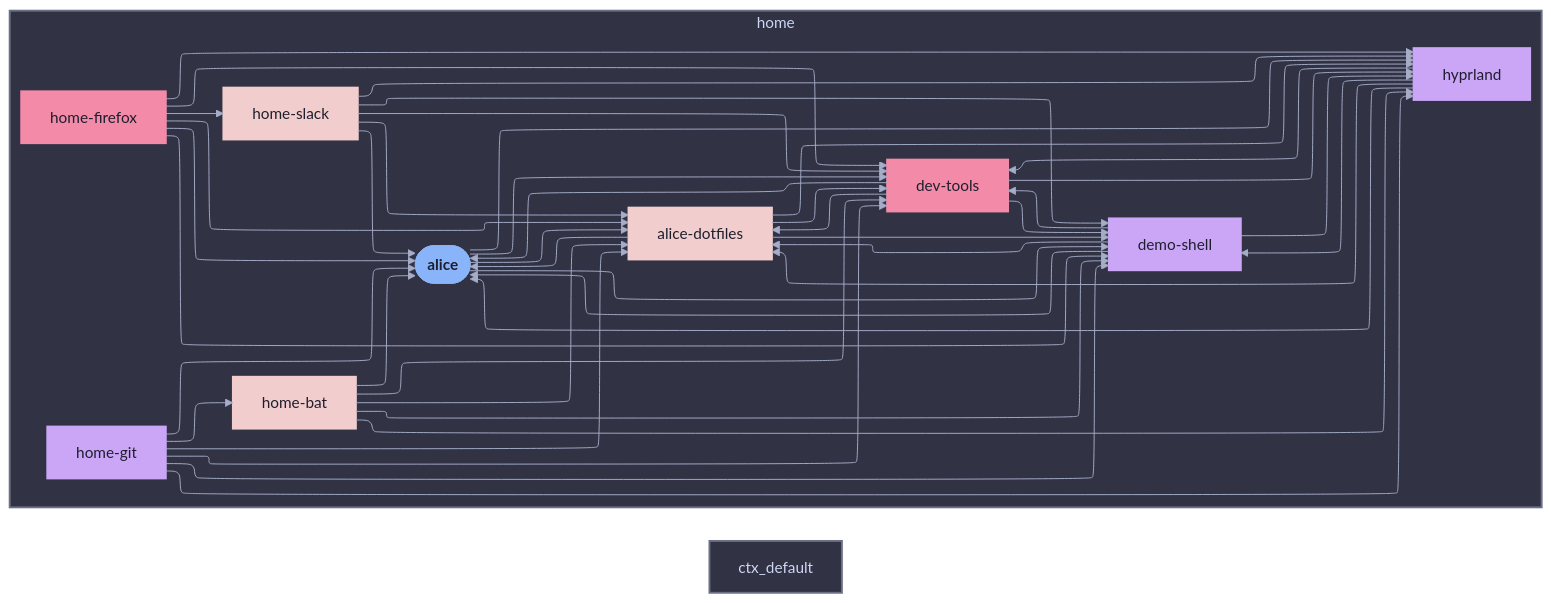
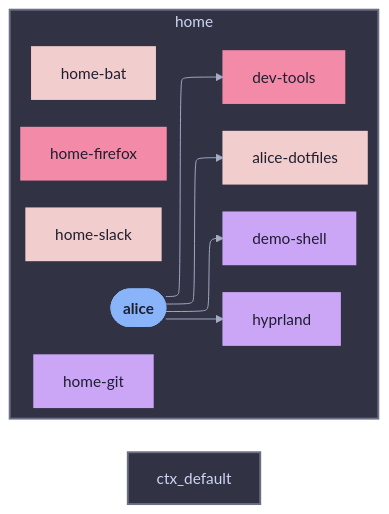
Before and after one commit to sini/den: the diagram in templates/diag-fx-demo/diagrams/home-alice-at-laptop-declared.md, drawn with Mermaid. The commit also changed 849 other files, not shown here.

Commit message:
chore: update fx diagrams

````diff
--- a/templates/diag-fx-demo/diagrams/home-alice-at-laptop-declared.md
+++ b/templates/diag-fx-demo/diagrams/home-alice-at-laptop-declared.md
@@ -5,72 +5,34 @@
 ```mermaid
 %%{init: {"elk":{"mergeEdges":true,"nodePlacementStrategy":"BRANDES_KOEPF"},"layout":"elk","theme":"base","themeVariables":{"activationBkgColor":"#313244","activationBorderColor":"#6c7086","actorBkg":"#313244","actorBorder":"#a6adc8","actorLineColor":"#a6adc8","actorTextColor":"#cdd6f4","background":"#1e1e2e","classText":"#cdd6f4","clusterBkg":"#313244","clusterBorder":"#6c7086","edgeLabelBackground":"#1e1e2e","labelBoxBkgColor":"#313244","labelBoxBorderColor":"#a6adc8","labelTextColor":"#cdd6f4","lineColor":"#a6adc8","loopTextColor":"#cdd6f4","mainBkg":"#313244","nodeBkg":"#313244","nodeBorder":"#a6adc8","nodeTextColor":"#cdd6f4","noteBkgColor":"#313244","noteBorderColor":"#6c7086","noteTextColor":"#cdd6f4","pie1":"#f38ba8","pie2":"#fab387","pie3":"#f9e2af","pie4":"#a6e3a1","pie5":"#94e2d5","pie6":"#89b4fa","pie7":"#cba6f7","pie8":"#f2cdcd","pieLegendTextColor":"#cdd6f4","pieOuterStrokeColor":"#6c7086","pieSectionTextColor":"#cdd6f4","pieStrokeColor":"#6c7086","pieTitleTextColor":"#cdd6f4","primaryBorderColor":"#a6adc8","primaryColor":"#313244","primaryTextColor":"#cdd6f4","secondBkg":"#313244","secondaryBorderColor":"#6c7086","secondaryColor":"#313244","secondaryTextColor":"#cdd6f4","sequenceNumberColor":"#1e1e2e","signalColor":"#a6adc8","signalTextColor":"#cdd6f4","tertiaryBorderColor":"#6c7086","tertiaryColor":"#313244","tertiaryTextColor":"#cdd6f4","textColor":"#cdd6f4","titleColor":"#cdd6f4"}}}%%
 graph LR
   alice([alice]):::root
 
   subgraph ctx_home["home"]
   alice_dotfiles["alice-dotfiles"]:::alice_dotfiles_c
   demo_shell["demo-shell"]:::demo_shell_c
   dev_tools["dev-tools"]:::dev_tools_c
   home_bat["home-bat"]:::home_bat_c
   home_firefox["home-firefox"]:::home_firefox_c
   home_git["home-git"]:::home_git_c
   home_slack["home-slack"]:::home_slack_c
   hyprland["hyprland"]:::hyprland_c
   alice --> alice_dotfiles
   alice --> demo_shell
   alice --> dev_tools
   alice --> hyprland
-  alice_dotfiles --> alice
-  alice_dotfiles --> demo_shell
-  alice_dotfiles --> dev_tools
-  alice_dotfiles --> hyprland
-  demo_shell --> alice
-  demo_shell --> alice_dotfiles
-  demo_shell --> dev_tools
-  demo_shell --> hyprland
-  dev_tools --> alice
-  dev_tools --> alice_dotfiles
-  dev_tools --> demo_shell
-  dev_tools --> hyprland
-  home_bat --> alice
-  home_bat --> alice_dotfiles
-  home_bat --> demo_shell
-  home_bat --> dev_tools
-  home_bat --> hyprland
-  home_firefox --> home_slack
-  home_firefox --> alice
-  home_firefox --> alice_dotfiles
-  home_firefox --> demo_shell
-  home_firefox --> dev_tools
-  home_firefox --> hyprland
-  home_git --> home_bat
-  home_git --> alice
-  home_git --> alice_dotfiles
-  home_git --> demo_shell
-  home_git --> dev_tools
-  home_git --> hyprland
-  home_slack --> alice
-  home_slack --> alice_dotfiles
-  home_slack --> demo_shell
-  home_slack --> dev_tools
-  home_slack --> hyprland
-  hyprland --> alice
-  hyprland --> alice_dotfiles
-  hyprland --> demo_shell
-  hyprland --> dev_tools
   end
 
 
   classDef root fill:#89b4fa,stroke:#89b4fa,color:#1e1e2e,font-weight:bold
   classDef alice_c fill:#cba6f7,stroke:#cba6f7,color:#1e1e2e,stroke-width:2px
   classDef alice_dotfiles_c fill:#f2cdcd,stroke:#f2cdcd,color:#1e1e2e,stroke-width:2px
   classDef demo_shell_c fill:#cba6f7,stroke:#cba6f7,color:#1e1e2e,stroke-width:2px
   classDef dev_tools_c fill:#f38ba8,stroke:#f38ba8,color:#1e1e2e,stroke-width:2px
   classDef home_bat_c fill:#f2cdcd,stroke:#f2cdcd,color:#1e1e2e,stroke-width:2px
   classDef home_firefox_c fill:#f38ba8,stroke:#f38ba8,color:#1e1e2e,stroke-width:2px
   classDef home_git_c fill:#cba6f7,stroke:#cba6f7,color:#1e1e2e,stroke-width:2px
   classDef home_slack_c fill:#f2cdcd,stroke:#f2cdcd,color:#1e1e2e,stroke-width:2px
   classDef hyprland_c fill:#cba6f7,stroke:#cba6f7,color:#1e1e2e,stroke-width:2px
 style ctx_home fill:#313244,stroke:#6c7086,stroke-width:2px
 style ctx_default fill:#313244,stroke:#6c7086,stroke-width:2px
 ```
````
